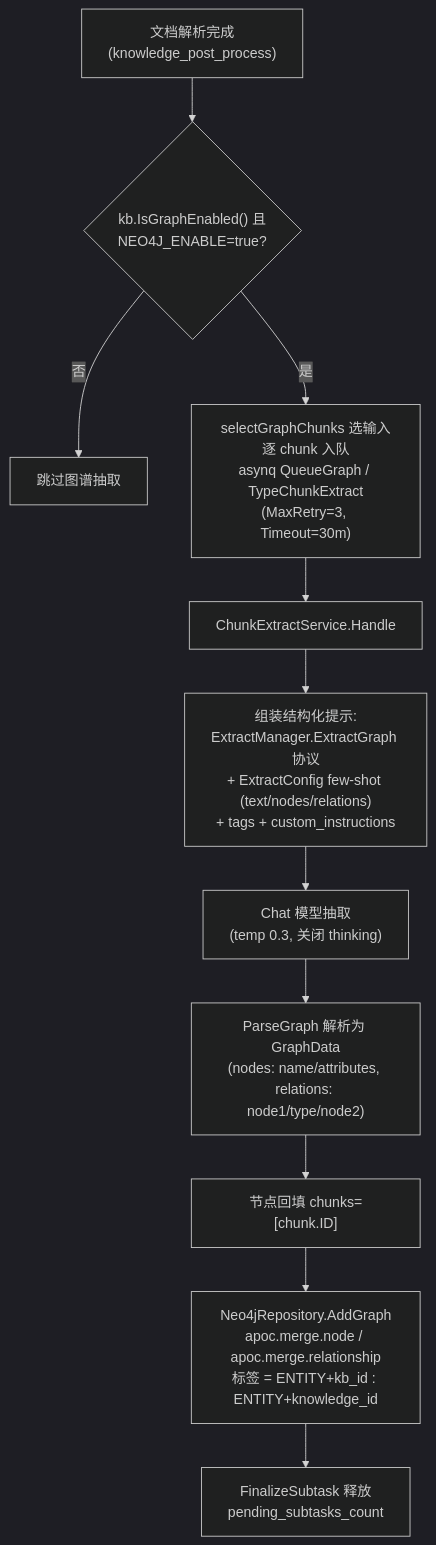
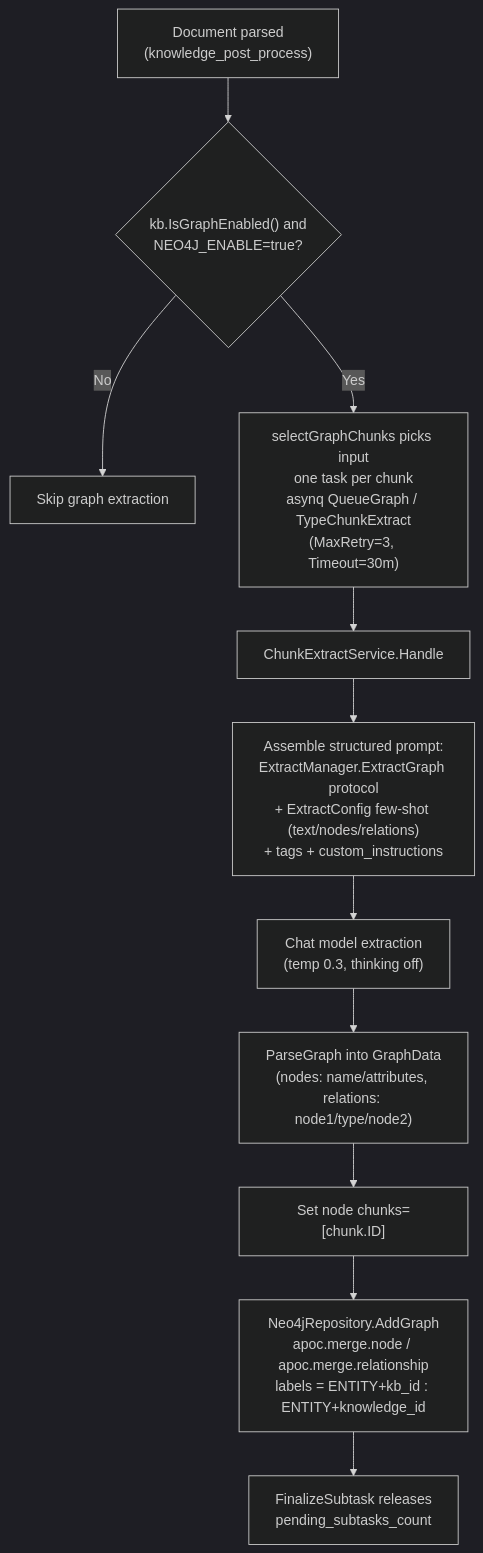
The first of 2 diagrams in website-docs/03-features/09-knowledge-graph.md (jrmatherly/ai-kb), drawn with Mermaid (dark theme) before and after one commit. The commit also changed other lines of this file and 6 other files, not shown here.

First line of the commit message:
docs(features): translate batch 4 (knowledge graph, evaluation, chat experience, file access, skills sandbox)

````diff
--- a/website-docs/03-features/09-knowledge-graph.md
+++ b/website-docs/03-features/09-knowledge-graph.md
@@ -138,13 +148,13 @@
 ```mermaid
 flowchart TD
-    A["文档解析完成<br/>(knowledge_post_process)"] --> B{"kb.IsGraphEnabled() 且<br/>NEO4J_ENABLE=true?"}
-    B -->|"否"| Z["跳过图谱抽取"]
-    B -->|"是"| C["selectGraphChunks 选输入<br/>逐 chunk 入队<br/>asynq QueueGraph / TypeChunkExtract<br/>(MaxRetry=3, Timeout=30m)"]
+    A["Document parsed<br/>(knowledge_post_process)"] --> B{"kb.IsGraphEnabled() and<br/>NEO4J_ENABLE=true?"}
+    B -->|"No"| Z["Skip graph extraction"]
+    B -->|"Yes"| C["selectGraphChunks picks input<br/>one task per chunk<br/>asynq QueueGraph / TypeChunkExtract<br/>(MaxRetry=3, Timeout=30m)"]
     C --> D["ChunkExtractService.Handle"]
-    D --> E["组装结构化提示:<br/>ExtractManager.ExtractGraph 协议<br/>+ ExtractConfig few-shot (text/nodes/relations)<br/>+ tags + custom_instructions"]
-    E --> F["Chat 模型抽取<br/>(temp 0.3, 关闭 thinking)"]
-    F --> G["ParseGraph 解析为 GraphData<br/>(nodes: name/attributes, relations: node1/type/node2)"]
-    G --> H["节点回填 chunks=[chunk.ID]"]
-    H --> I["Neo4jRepository.AddGraph<br/>apoc.merge.node / apoc.merge.relationship<br/>标签 = ENTITY+kb_id : ENTITY+knowledge_id"]
-    I --> J["FinalizeSubtask 释放<br/>pending_subtasks_count"]
+    D --> E["Assemble structured prompt:<br/>ExtractManager.ExtractGraph protocol<br/>+ ExtractConfig few-shot (text/nodes/relations)<br/>+ tags + custom_instructions"]
+    E --> F["Chat model extraction<br/>(temp 0.3, thinking off)"]
+    F --> G["ParseGraph into GraphData<br/>(nodes: name/attributes, relations: node1/type/node2)"]
+    G --> H["Set node chunks=[chunk.ID]"]
+    H --> I["Neo4jRepository.AddGraph<br/>apoc.merge.node / apoc.merge.relationship<br/>labels = ENTITY+kb_id : ENTITY+knowledge_id"]
+    I --> J["FinalizeSubtask releases<br/>pending_subtasks_count"]
 ```
````
